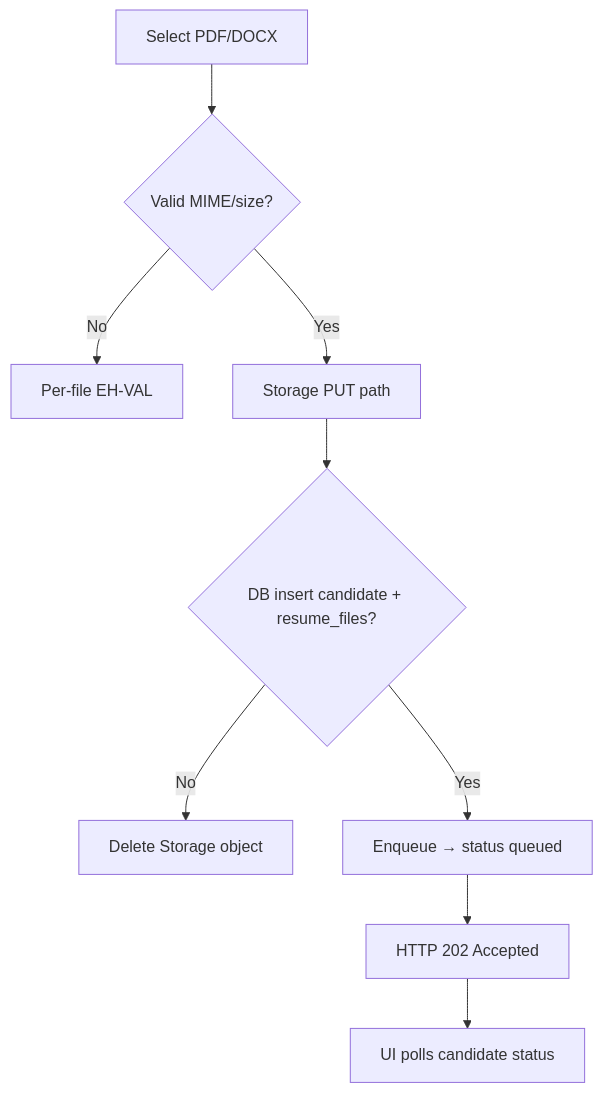
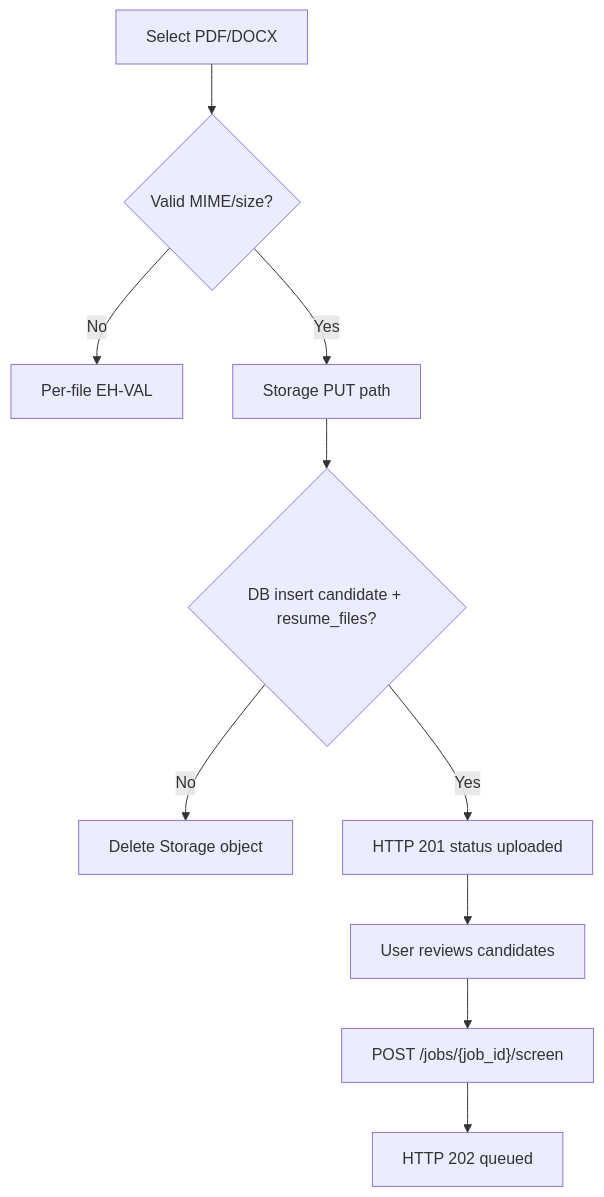
Before and after one commit to VishnuVardhan-CH-2022/resume-rank-ai-dev: the fifth of 12 diagrams in docs/02-design/06-API-Design-Specification.md, drawn with Mermaid. The commit also changed other lines of this file and 4 other files, not shown here.

````diff
--- a/docs/02-design/06-API-Design-Specification.md
+++ b/docs/02-design/06-API-Design-Specification.md
@@ -511,11 +556,12 @@
 ```mermaid
 flowchart TD
   A[Select PDF/DOCX] --> B{Valid MIME/size?}
   B -->|No| R[Per-file EH-VAL]
   B -->|Yes| C[Storage PUT path]
   C --> D{DB insert candidate + resume_files?}
   D -->|No| E[Delete Storage object]
-  D -->|Yes| F[Enqueue → status queued]
-  F --> G[HTTP 202 Accepted]
-  G --> H[UI polls candidate status]
+  D -->|Yes| F[HTTP 201 status uploaded]
+  F --> G[User reviews candidates]
+  G --> H["POST /jobs/{job_id}/screen"]
+  H --> I[HTTP 202 queued]
 ```
````
